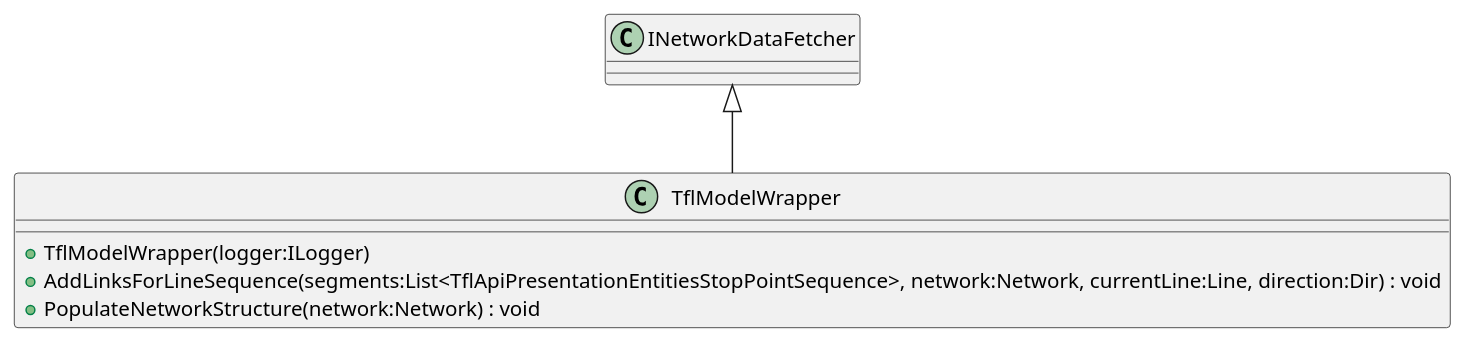
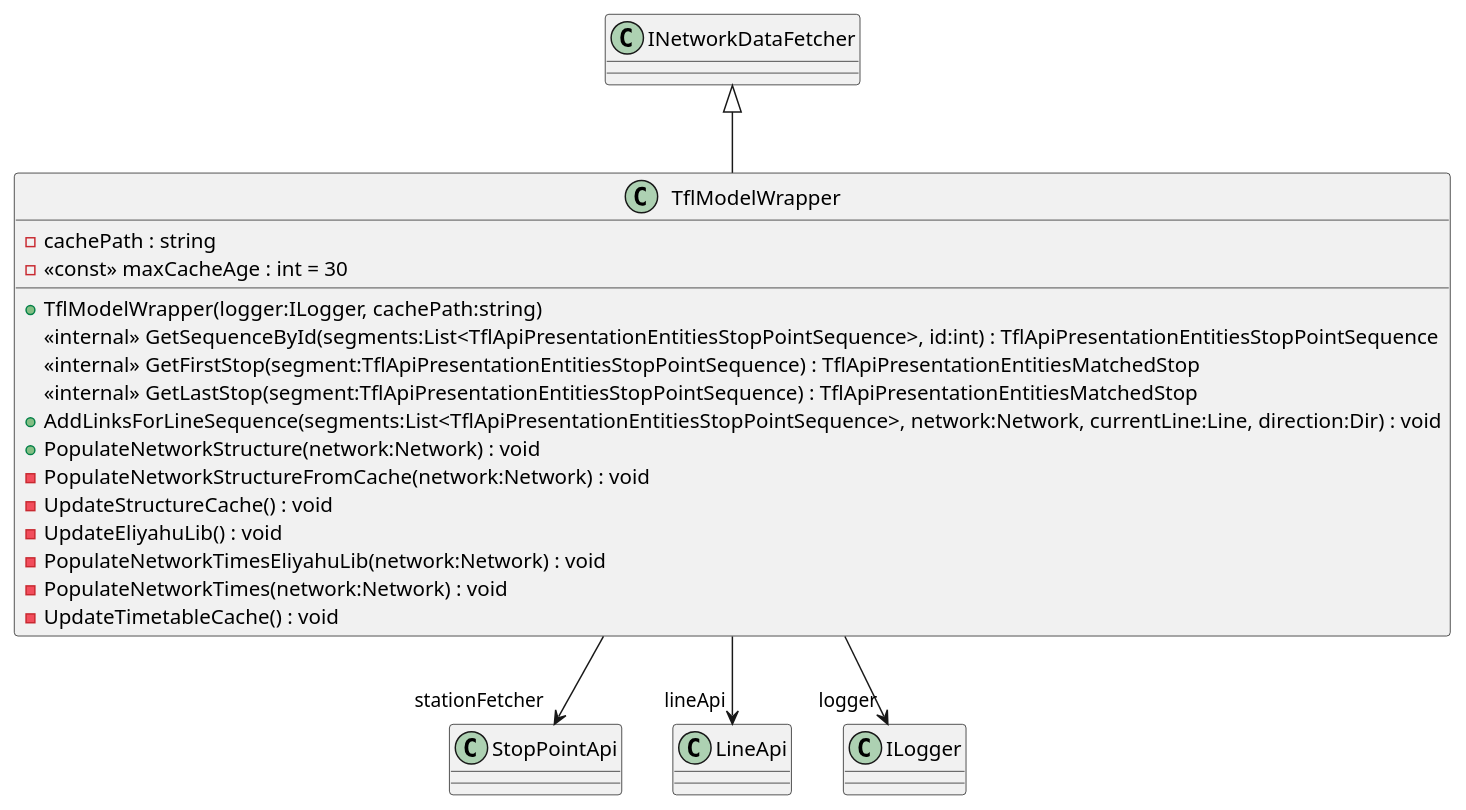
The diagram in TubeChallengeRouter/puml/DataFetcher/TflModelWrapper.puml (Liftyee/london-tube-navigator), drawn with PlantUML before and after one commit. The commit also changed 36 other files, not shown here.

Commit message:
regenerate uml

```diff
--- a/TubeChallengeRouter/puml/DataFetcher/TflModelWrapper.puml
+++ b/TubeChallengeRouter/puml/DataFetcher/TflModelWrapper.puml
@@ -1,8 +1,22 @@
 @startuml
 class TflModelWrapper {
-    + TflModelWrapper(logger:ILogger)
+    - cachePath : string
+    - <<const>> maxCacheAge : int = 30
+    + TflModelWrapper(logger:ILogger, cachePath:string)
+    <<internal>> GetSequenceById(segments:List<TflApiPresentationEntitiesStopPointSequence>, id:int) : TflApiPresentationEntitiesStopPointSequence
+    <<internal>> GetFirstStop(segment:TflApiPresentationEntitiesStopPointSequence) : TflApiPresentationEntitiesMatchedStop
+    <<internal>> GetLastStop(segment:TflApiPresentationEntitiesStopPointSequence) : TflApiPresentationEntitiesMatchedStop
     + AddLinksForLineSequence(segments:List<TflApiPresentationEntitiesStopPointSequence>, network:Network, currentLine:Line, direction:Dir) : void
     + PopulateNetworkStructure(network:Network) : void
+    - PopulateNetworkStructureFromCache(network:Network) : void
+    - UpdateStructureCache() : void
+    - UpdateEliyahuLib() : void
+    - PopulateNetworkTimesEliyahuLib(network:Network) : void
+    - PopulateNetworkTimes(network:Network) : void
+    - UpdateTimetableCache() : void
 }
 INetworkDataFetcher <|-- TflModelWrapper
+TflModelWrapper --> "stationFetcher" StopPointApi
+TflModelWrapper --> "lineApi" LineApi
+TflModelWrapper --> "logger" ILogger
 @enduml
```
